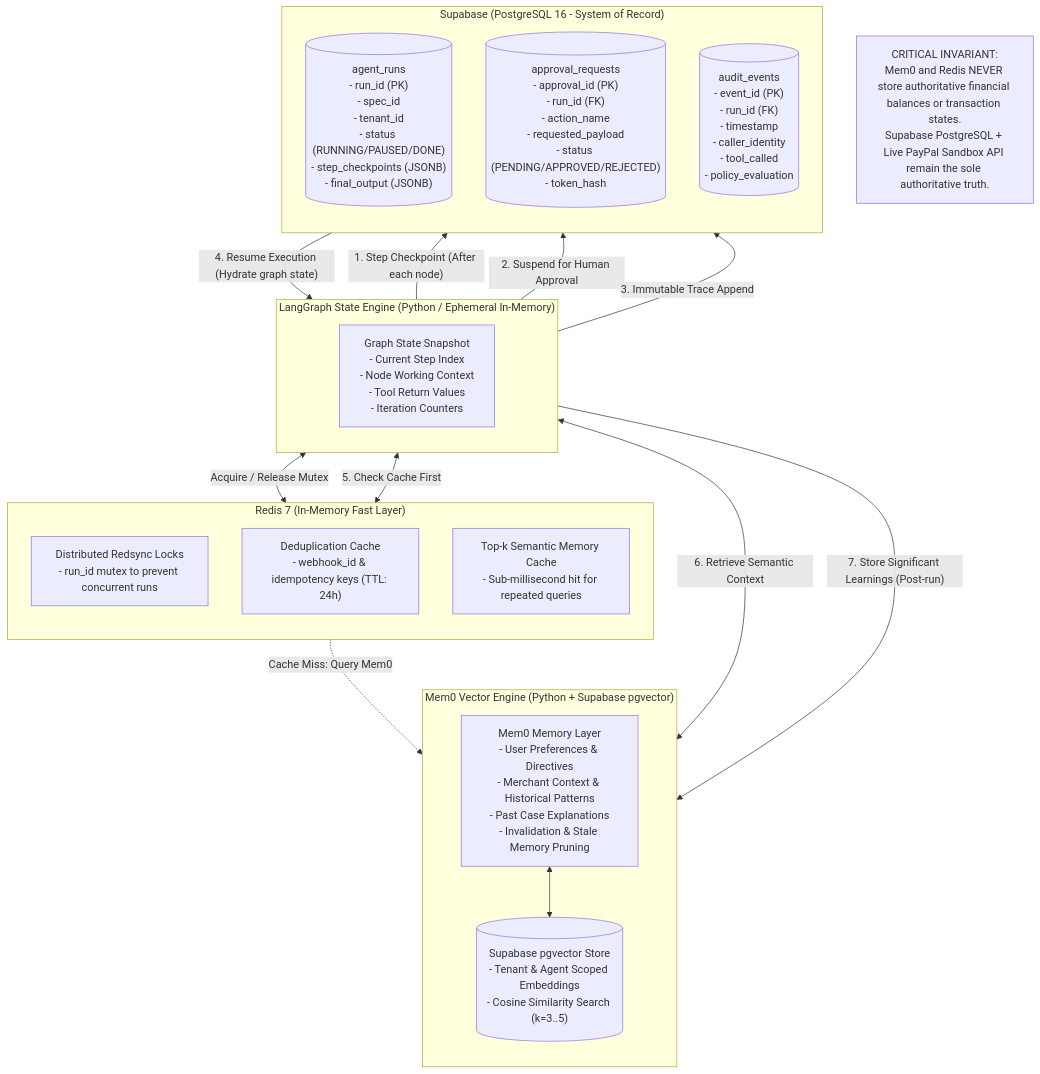
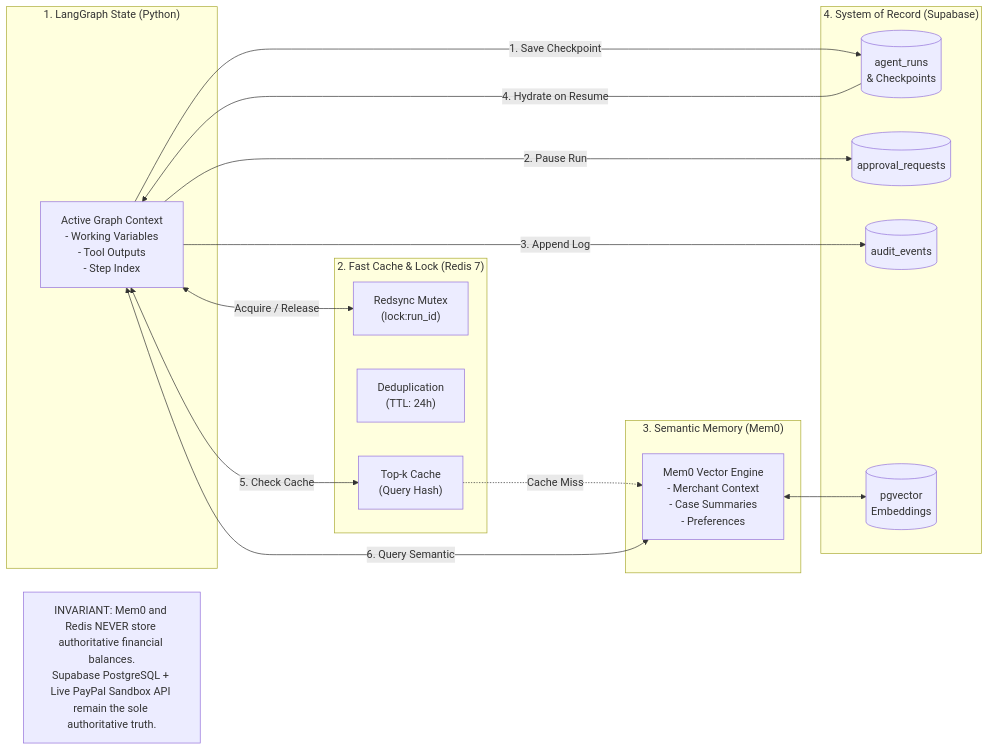
The diagram in docs/system-architecture/diagrams/06-memory-architecture.md (Kavisharora12/DelTix), drawn with Mermaid before and after one commit. The commit also changed other lines of this file and 7 other files, not shown here.

````diff
--- a/docs/system-architecture/diagrams/06-memory-architecture.md
+++ b/docs/system-architecture/diagrams/06-memory-architecture.md
@@ -5,42 +5,37 @@
 ```mermaid
-flowchart TB
-    subgraph AgentExecution["LangGraph State Engine (Python / Ephemeral In-Memory)"]
-        direction TB
-        ActiveState["Graph State Snapshot\n- Current Step Index\n- Node Working Context\n- Tool Return Values\n- Iteration Counters"]
+flowchart LR
+    subgraph S1["1. LangGraph State (Python)"]
+        ActiveState["Active Graph Context\n- Working Variables\n- Tool Outputs\n- Step Index"]
     end
 
-    subgraph CachingLayer["Redis 7 (In-Memory Fast Layer)"]
-        direction TB
-        RedisLocks["Distributed Redsync Locks\n- run_id mutex to prevent concurrent runs"]
-        RedisDedup["Deduplication Cache\n- webhook_id & idempotency keys (TTL: 24h)"]
-        RedisTopK["Top-k Semantic Memory Cache\n- Sub-millisecond hit for repeated queries"]
+    subgraph S2["2. Fast Cache & Lock (Redis 7)"]
+        RedisLocks["Redsync Mutex\n(lock:run_id)"]
+        RedisDedup["Deduplication\n(TTL: 24h)"]
+        RedisTopK["Top-k Cache\n(Query Hash)"]
     end
 
-    subgraph OperationalStorage["Supabase (PostgreSQL 16 - System of Record)"]
-        direction TB
-        RunsTable[("agent_runs\n- run_id (PK)\n- spec_id\n- tenant_id\n- status (RUNNING/PAUSED/DONE)\n- step_checkpoints (JSONB)\n- final_output (JSONB)")]
-        ApprovalsTable[("approval_requests\n- approval_id (PK)\n- run_id (FK)\n- action_name\n- requested_payload\n- status (PENDING/APPROVED/REJECTED)\n- token_hash")]
-        AuditTable[("audit_events\n- event_id (PK)\n- run_id (FK)\n- timestamp\n- caller_identity\n- tool_called\n- policy_evaluation")]
+    subgraph S3["3. Semantic Memory (Mem0)"]
+        Mem0Engine["Mem0 Vector Engine\n- Merchant Context\n- Case Summaries\n- Preferences"]
     end
 
-    subgraph SemanticMemory["Mem0 Vector Engine (Python + Supabase pgvector)"]
-        direction TB
-        Mem0Engine["Mem0 Memory Layer\n- User Preferences & Directives\n- Merchant Context & Historical Patterns\n- Past Case Explanations\n- Invalidation & Stale Memory Pruning"]
-        SupabasePgVector[("Supabase pgvector Store\n- Tenant & Agent Scoped Embeddings\n- Cosine Similarity Search (k=3..5)")]
+    subgraph S4["4. System of Record (Supabase)"]
+        RunsTable[("agent_runs\n& Checkpoints")]
+        ApprovalsTable[("approval_requests")]
+        AuditTable[("audit_events")]
+        PgVectorStore[("pgvector\nEmbeddings")]
     end
 
-    ActiveState <-->|"Acquire / Release Mutex"| RedisLocks
-    ActiveState -->|"1. Step Checkpoint (After each node)"| RunsTable
-    ActiveState -->|"2. Suspend for Human Approval"| ApprovalsTable
-    ActiveState -->|"3. Immutable Trace Append"| AuditTable
+    ActiveState <-->|"Acquire / Release"| RedisLocks
+    ActiveState -->|"1. Save Checkpoint"| RunsTable
+    ActiveState -->|"2. Pause Run"| ApprovalsTable
+    ActiveState -->|"3. Append Log"| AuditTable
 
-    RunsTable -->|"4. Resume Execution (Hydrate graph state)"| ActiveState
+    RunsTable -->|"4. Hydrate on Resume"| ActiveState
 
-    ActiveState <-->|"5. Check Cache First"| RedisTopK
-    RedisTopK -.->|"Cache Miss: Query Mem0"| Mem0Engine
-    ActiveState <-->|"6. Retrieve Semantic Context"| Mem0Engine
-    ActiveState -->|"7. Store Significant Learnings (Post-run)"| Mem0Engine
-    Mem0Engine <--> SupabasePgVector
+    ActiveState <-->|"5. Check Cache"| RedisTopK
+    RedisTopK -.->|"Cache Miss"| Mem0Engine
+    ActiveState <-->|"6. Query Semantic"| Mem0Engine
+    Mem0Engine <--> PgVectorStore
 
-    note["CRITICAL INVARIANT:\nMem0 and Redis NEVER store authoritative financial balances or transaction states.\nSupabase PostgreSQL + Live PayPal Sandbox API remain the sole authoritative truth."]
+    note["INVARIANT: Mem0 and Redis NEVER store authoritative financial balances.\nSupabase PostgreSQL + Live PayPal Sandbox API remain the sole authoritative truth."]
 ```
````
